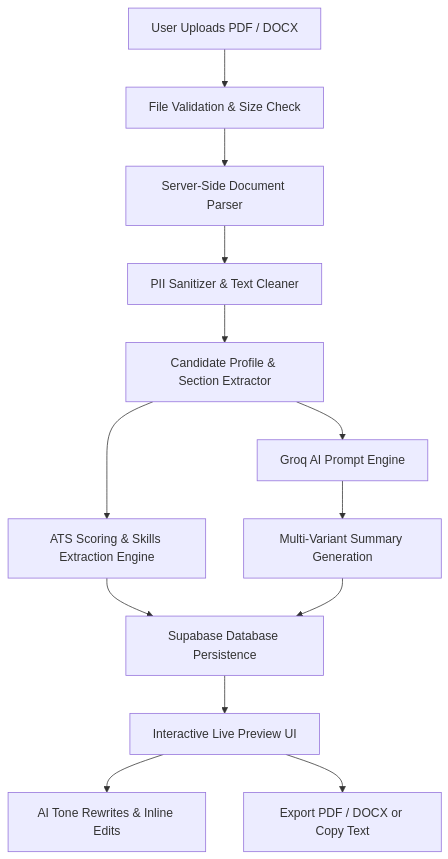
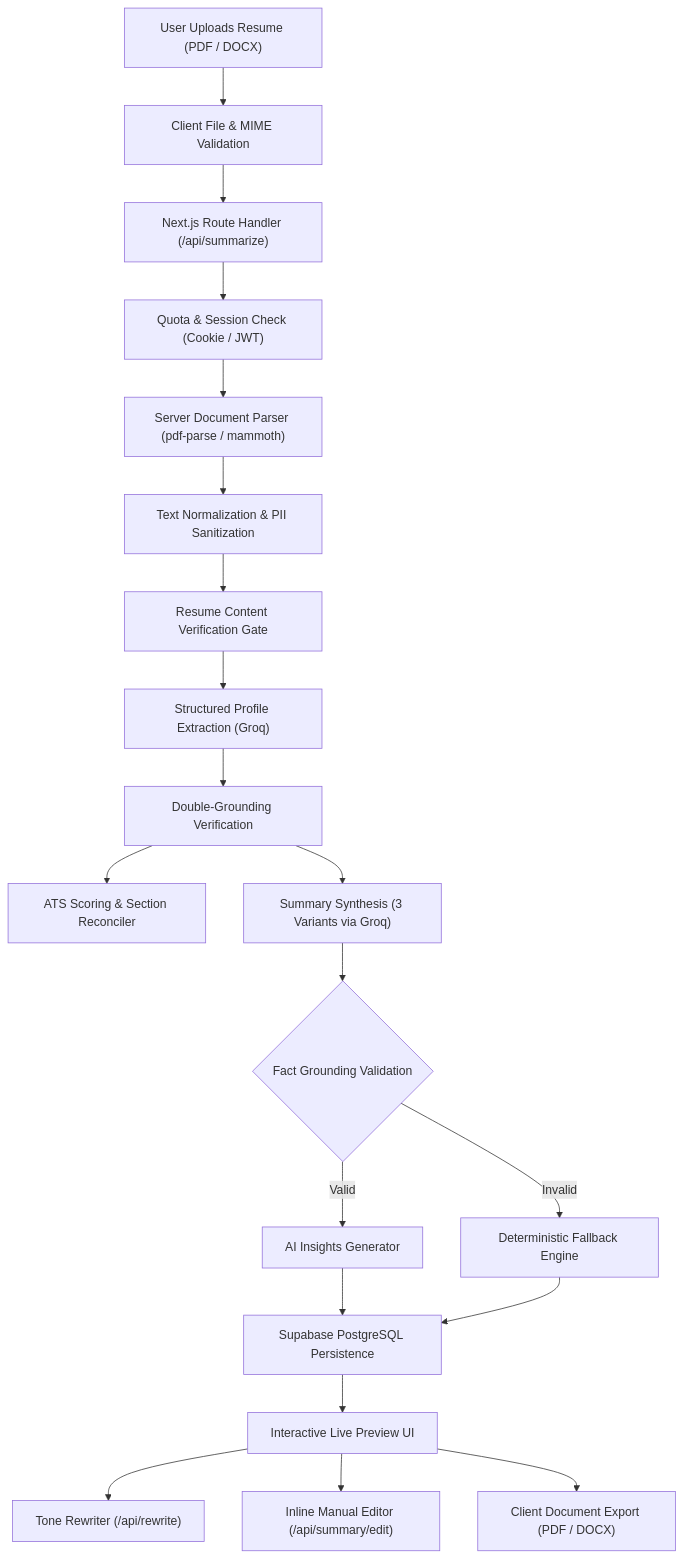
The diagram in README.md (Sudhanshuukr/resumly), drawn with Mermaid before and after one commit. The commit also changed other lines of this file, not shown here.

````diff
--- a/README.md
+++ b/README.md
@@ -121,14 +104,21 @@
 ```mermaid
 flowchart TD
-    A[User Uploads PDF / DOCX] --> B[File Validation & Size Check]
-    B --> C[Server-Side Document Parser]
-    C --> D[PII Sanitizer & Text Cleaner]
-    D --> E[Candidate Profile & Section Extractor]
-    E --> F[ATS Scoring & Skills Extraction Engine]
-    E --> G[Groq AI Prompt Engine]
-    G --> H[Multi-Variant Summary Generation]
-    F & H --> I[Supabase Database Persistence]
-    I --> J[Interactive Live Preview UI]
-    J --> K[AI Tone Rewrites & Inline Edits]
-    J --> L[Export PDF / DOCX or Copy Text]
+    A["User Uploads Resume (PDF / DOCX)"] --> B["Client File & MIME Validation"]
+    B --> C["Next.js Route Handler (/api/summarize)"]
+    C --> D["Quota & Session Check (Cookie / JWT)"]
+    D --> E["Server Document Parser (pdf-parse / mammoth)"]
+    E --> F["Text Normalization & PII Sanitization"]
+    F --> G["Resume Content Verification Gate"]
+    G --> H["Structured Profile Extraction (Groq)"]
+    H --> I["Double-Grounding Verification"]
+    I --> J["ATS Scoring & Section Reconciler"]
+    I --> K["Summary Synthesis (3 Variants via Groq)"]
+    K --> L{"Fact Grounding Validation"}
+    L -- Valid --> M["AI Insights Generator"]
+    L -- Invalid --> N["Deterministic Fallback Engine"]
+    M & N --> O["Supabase PostgreSQL Persistence"]
+    O --> P["Interactive Live Preview UI"]
+    P --> Q["Tone Rewriter (/api/rewrite)"]
+    P --> R["Inline Manual Editor (/api/summary/edit)"]
+    P --> S["Client Document Export (PDF / DOCX)"]
 ```
````
